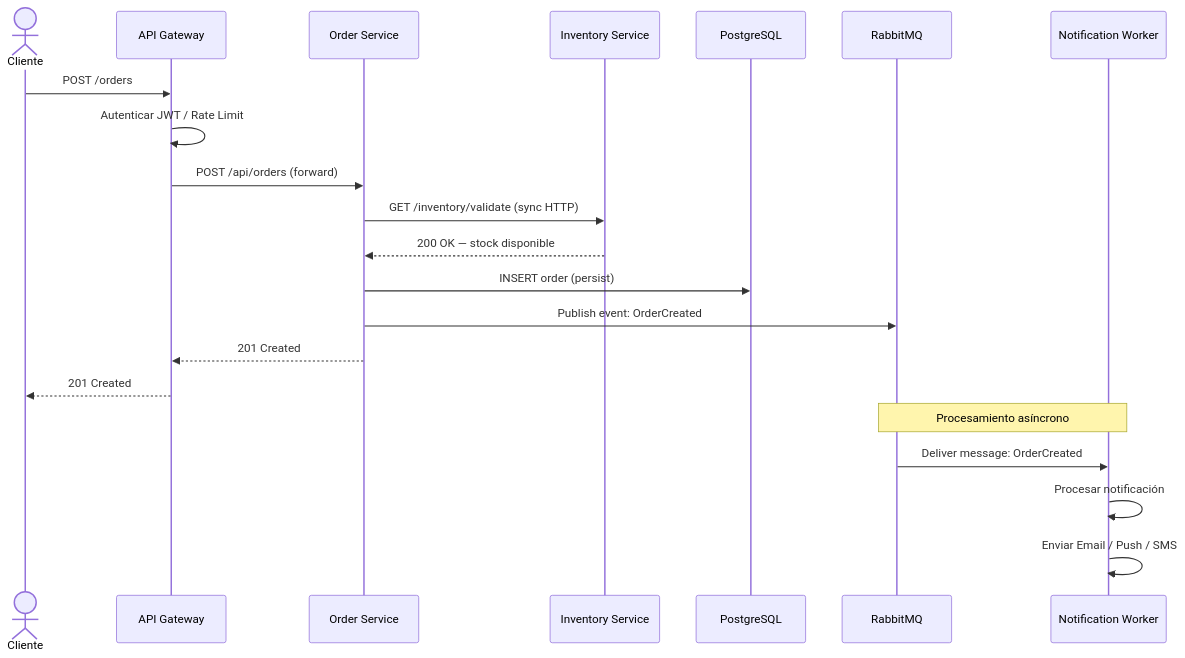
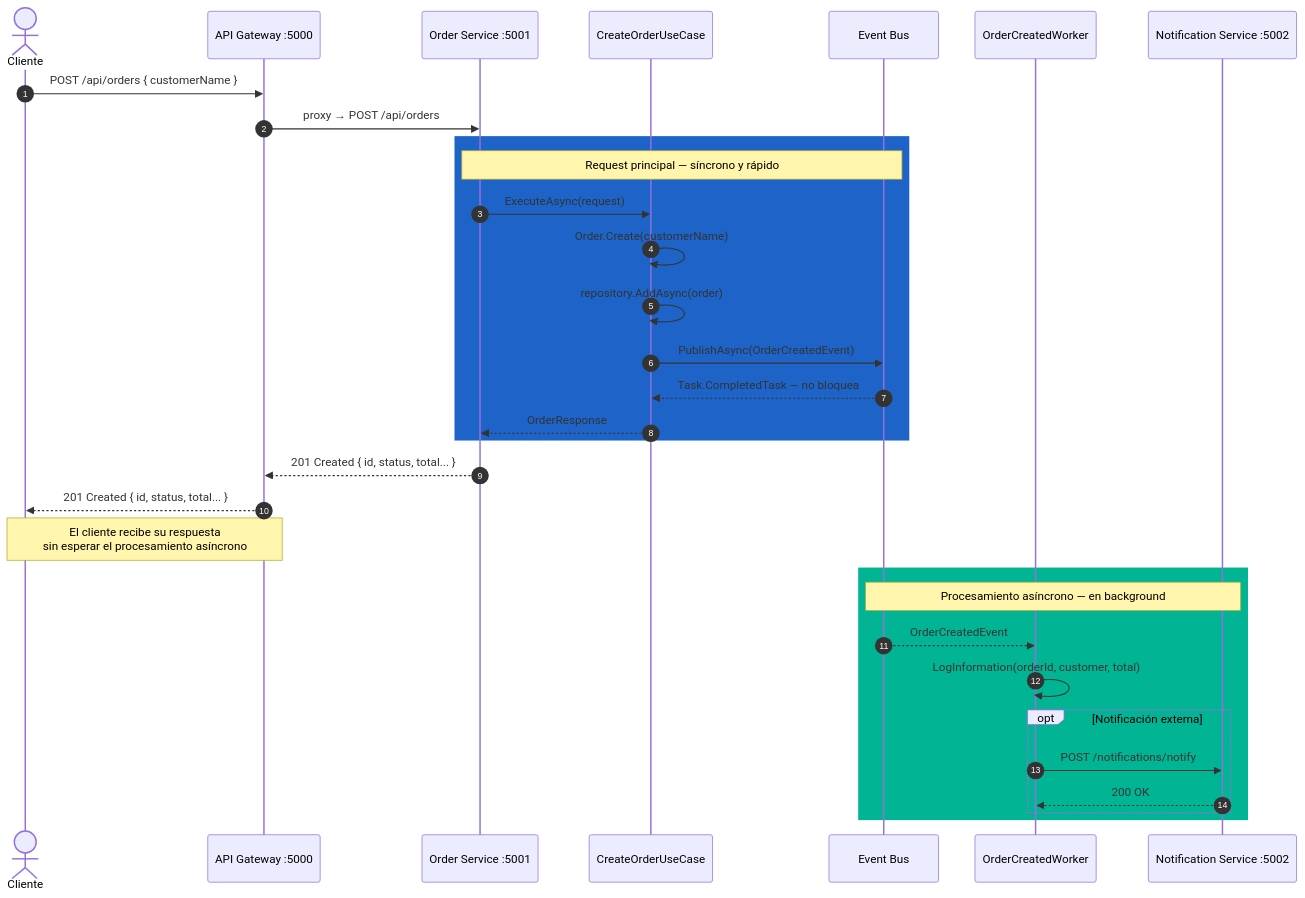
One commit to kanoso/liteThinking-MasterNET changed the seventh of 10 diagrams in reto4/ARQUITECTURA.md. Above: the diagram before and after it, drawn with Mermaid. The commit also changed other lines of this file and 104 other files, not shown here.

````diff
--- a/reto4/ARQUITECTURA.md
+++ b/reto4/ARQUITECTURA.md
@@ -263,27 +267,40 @@
 ```mermaid
 sequenceDiagram
-    actor Cliente
-    participant GW as API Gateway
-    participant OS as Order Service
-    participant INV as Inventory Service
-    participant DB as PostgreSQL
-    participant MQ as RabbitMQ
-    participant NW as Notification Worker
+    autonumber
+    actor Client as Cliente
+    participant GW  as API Gateway :5000
+    participant OS  as Order Service :5001
+    participant UC  as CreateOrderUseCase
+    participant Bus as Event Bus
+    participant W   as OrderCreatedWorker
+    participant NS  as Notification Service :5002
 
-    Cliente->>GW: POST /orders
-    GW->>GW: Autenticar JWT / Rate Limit
-    GW->>OS: POST /api/orders (forward)
+    Client->>GW: POST /api/orders { customerName }
+    GW->>OS: proxy → POST /api/orders
 
-    OS->>INV: GET /inventory/validate (sync HTTP)
-    INV-->>OS: 200 OK — stock disponible
+    rect rgb(30, 100, 200)
+        note over OS,Bus: Request principal — síncrono y rápido
+        OS->>UC: ExecuteAsync(request)
+        UC->>UC: Order.Create(customerName)
+        UC->>UC: repository.AddAsync(order)
+        UC->>Bus: PublishAsync(OrderCreatedEvent)
+        Bus-->>UC: Task.CompletedTask — no bloquea
+        UC-->>OS: OrderResponse
+    end
 
-    OS->>DB: INSERT order (persist)
-    OS->>MQ: Publish event: OrderCreated
-    OS-->>GW: 201 Created
-    GW-->>Cliente: 201 Created
+    OS-->>GW: 201 Created { id, status, total... }
+    GW-->>Client: 201 Created { id, status, total... }
 
-    Note over MQ,NW: Procesamiento asíncrono
-    MQ->>NW: Deliver message: OrderCreated
-    NW->>NW: Procesar notificación
-    NW->>NW: Enviar Email / Push / SMS
+    note over Client,GW: El cliente recibe su respuesta<br/>sin esperar el procesamiento asíncrono
+
+    rect rgb(0, 180, 148)
+        note over Bus,NS: Procesamiento asíncrono — en background
+        Bus-->>W: OrderCreatedEvent
+        W->>W: LogInformation(orderId, customer, total)
+
+        opt Notificación externa
+            W->>NS: POST /notifications/notify
+            NS-->>W: 200 OK
+        end
+    end
 ```
````
